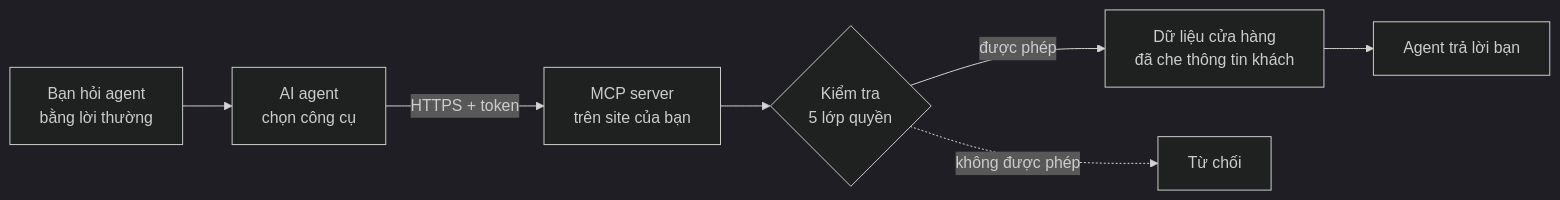
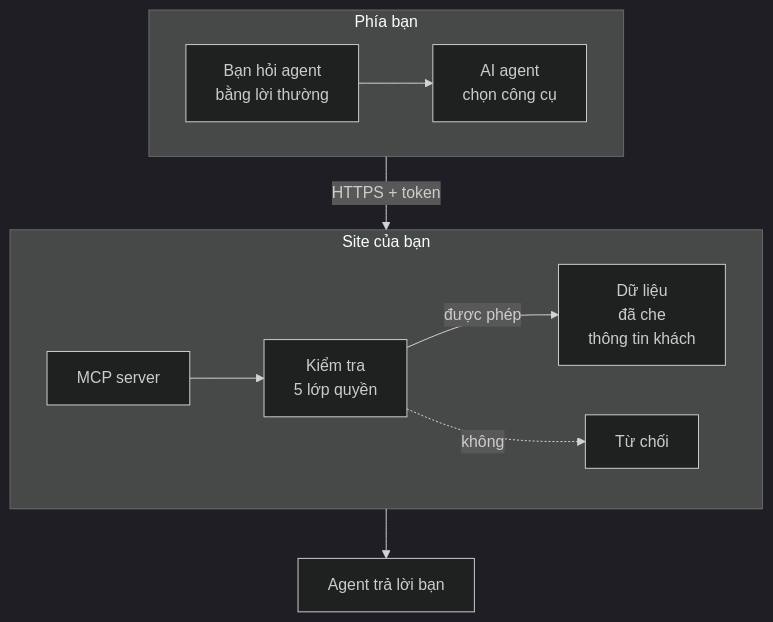
The first of 2 diagrams in mcp/mcp-introduction_vi.md (gp247net/gp247-docs), drawn with Mermaid (dark theme) before and after one commit. The commit also changed other lines of this file and 44 other files, not shown here.

First line of the commit message:
docs: redraw oversized diagrams in security, API and MCP docs (vi/en/ja)

````diff
--- a/mcp/mcp-introduction_vi.md
+++ b/mcp/mcp-introduction_vi.md
@@ -23,9 +23,15 @@
 ```mermaid
-flowchart LR
-    U["Bạn hỏi agent<br/>bằng lời thường"] --> A["AI agent<br/>chọn công cụ"]
-    A -->|"HTTPS + token"| M["MCP server<br/>trên site của bạn"]
-    M --> G{"Kiểm tra<br/>5 lớp quyền"}
-    G -->|"được phép"| D["Dữ liệu cửa hàng<br/>đã che thông tin khách"]
-    G -.->|"không được phép"| X["Từ chối"]
-    D --> R["Agent trả lời bạn"]
+flowchart TB
+    subgraph Y["Phía bạn"]
+        direction LR
+        U["Bạn hỏi agent<br/>bằng lời thường"] --> A["AI agent<br/>chọn công cụ"]
+    end
+    subgraph S["Site của bạn"]
+        direction LR
+        M["MCP server"] --> G["Kiểm tra<br/>5 lớp quyền"]
+        G -->|"được phép"| D["Dữ liệu<br/>đã che<br/>thông tin khách"]
+        G -.->|"không"| X["Từ chối"]
+    end
+    Y -->|"HTTPS + token"| S
+    S --> R["Agent trả lời bạn"]
 ```
````
